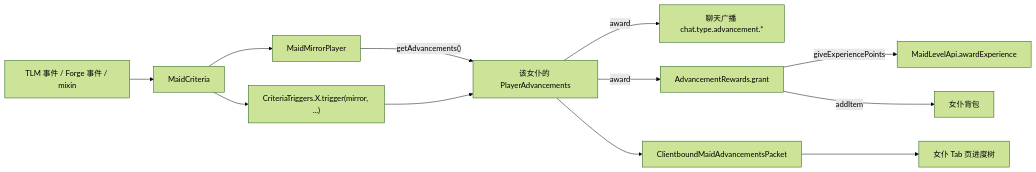
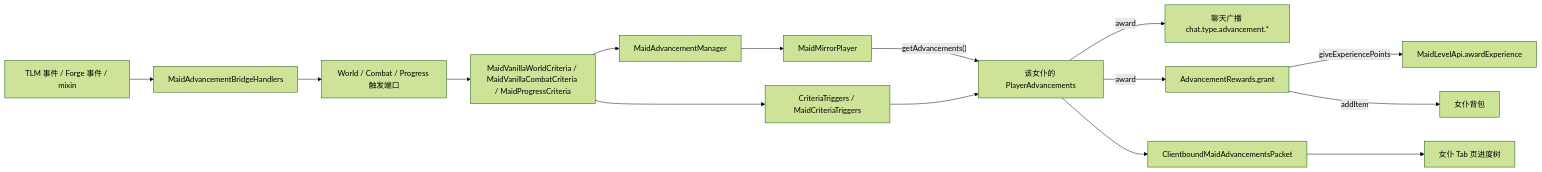
The diagram in docs/advancements/README.md (Re-Summer75/Touhou-Little-Maid-Companionship), drawn with Mermaid (forest theme) before and after one commit. The commit also changed other lines of this file and 679 other files, not shown here.

````diff
--- a/docs/advancements/README.md
+++ b/docs/advancements/README.md
@@ -26,14 +28,17 @@
 ```mermaid
 flowchart LR
-    Event["TLM 事件 / Forge 事件 / mixin"] --> Bridge[MaidCriteria]
-    Bridge --> Mirror[MaidMirrorPlayer]
+    Event["TLM 事件 / Forge 事件 / mixin"] --> Bridge[MaidAdvancementBridgeHandlers]
+    Bridge --> Ports["World / Combat / Progress 触发端口"]
+    Ports --> Criteria["MaidVanillaWorldCriteria / MaidVanillaCombatCriteria / MaidProgressCriteria"]
+    Criteria --> Manager[MaidAdvancementManager]
+    Manager --> Mirror[MaidMirrorPlayer]
     Mirror -->|"getAdvancements()"| Tracker["该女仆的 PlayerAdvancements"]
-    Bridge --> Vanilla["CriteriaTriggers.X.trigger(mirror, ...)"]
+    Criteria --> Vanilla["CriteriaTriggers / MaidCriteriaTriggers"]
     Vanilla --> Tracker
     Tracker -->|award| Chat["聊天广播 chat.type.advancement.*"]
     Tracker -->|award| Rewards[AdvancementRewards.grant]
     Rewards -->|giveExperiencePoints| MaidXp["MaidLevelApi.awardExperience"]
     Rewards -->|addItem| Backpack["女仆背包"]
     Tracker --> Packet[ClientboundMaidAdvancementsPacket]
     Packet --> Screen["女仆 Tab 页进度树"]
 ```
````
